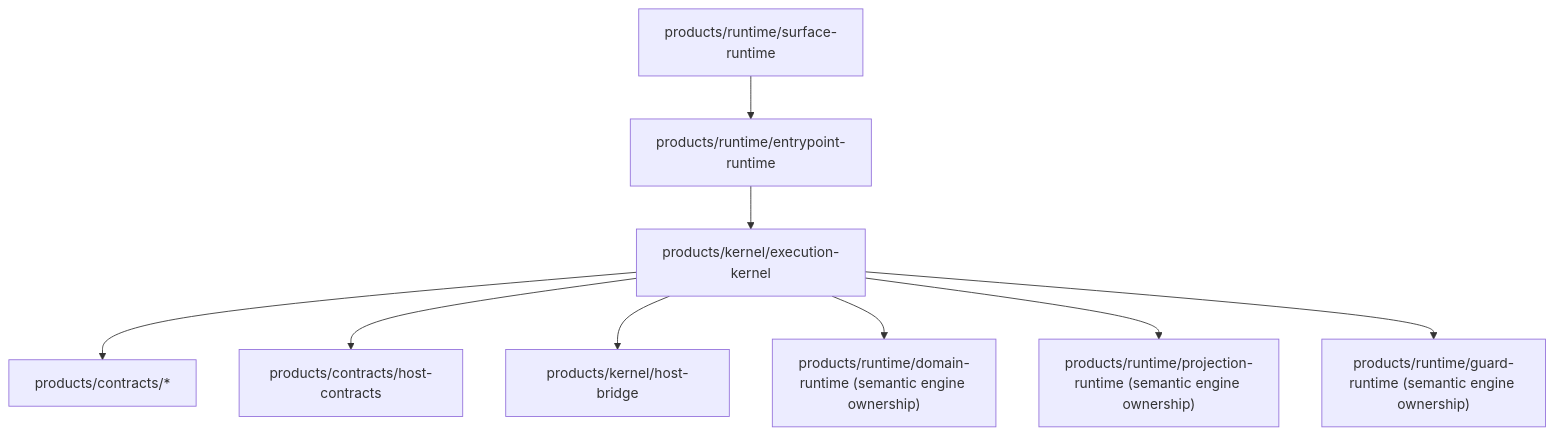
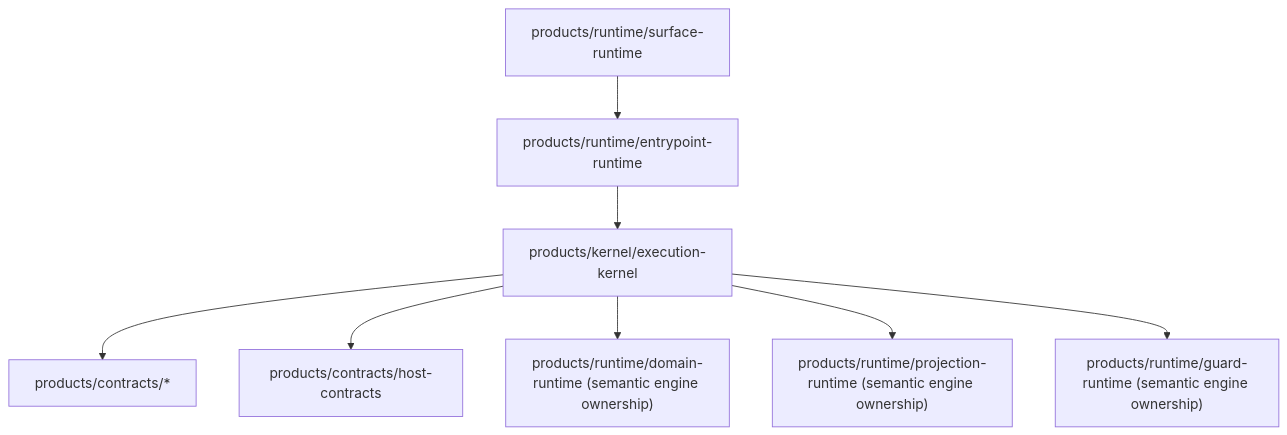
The diagram in docs/engineering/runtime/execution-spine-contract-and-dependency-map.md (ngalluzzo/gooi), drawn with Mermaid before and after one commit. The commit also changed other lines of this file and 26 other files, not shown here.

````diff
--- a/docs/engineering/runtime/execution-spine-contract-and-dependency-map.md
+++ b/docs/engineering/runtime/execution-spine-contract-and-dependency-map.md
@@ -56,11 +56,10 @@
 ```mermaid
 graph TD
   Surface["products/runtime/surface-runtime"] --> Entrypoint["products/runtime/entrypoint-runtime"]
   Entrypoint --> Kernel["products/kernel/execution-kernel"]
   Kernel --> Contracts["products/contracts/*"]
   Kernel --> HostContracts["products/contracts/host-contracts"]
-  Kernel --> HostBridge["products/kernel/host-bridge"]
   Kernel --> DomainEngine["products/runtime/domain-runtime (semantic engine ownership)"]
   Kernel --> ProjectionEngine["products/runtime/projection-runtime (semantic engine ownership)"]
   Kernel --> GuardEngine["products/runtime/guard-runtime (semantic engine ownership)"]
 ```
````
